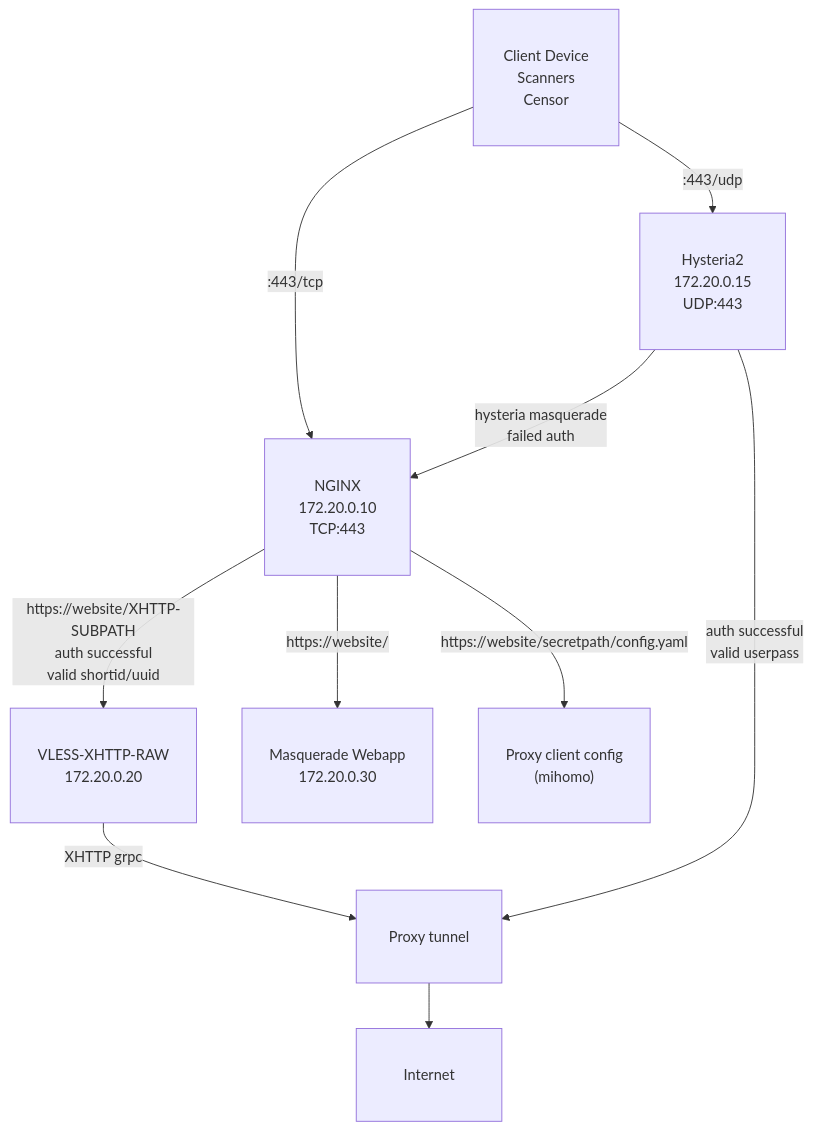
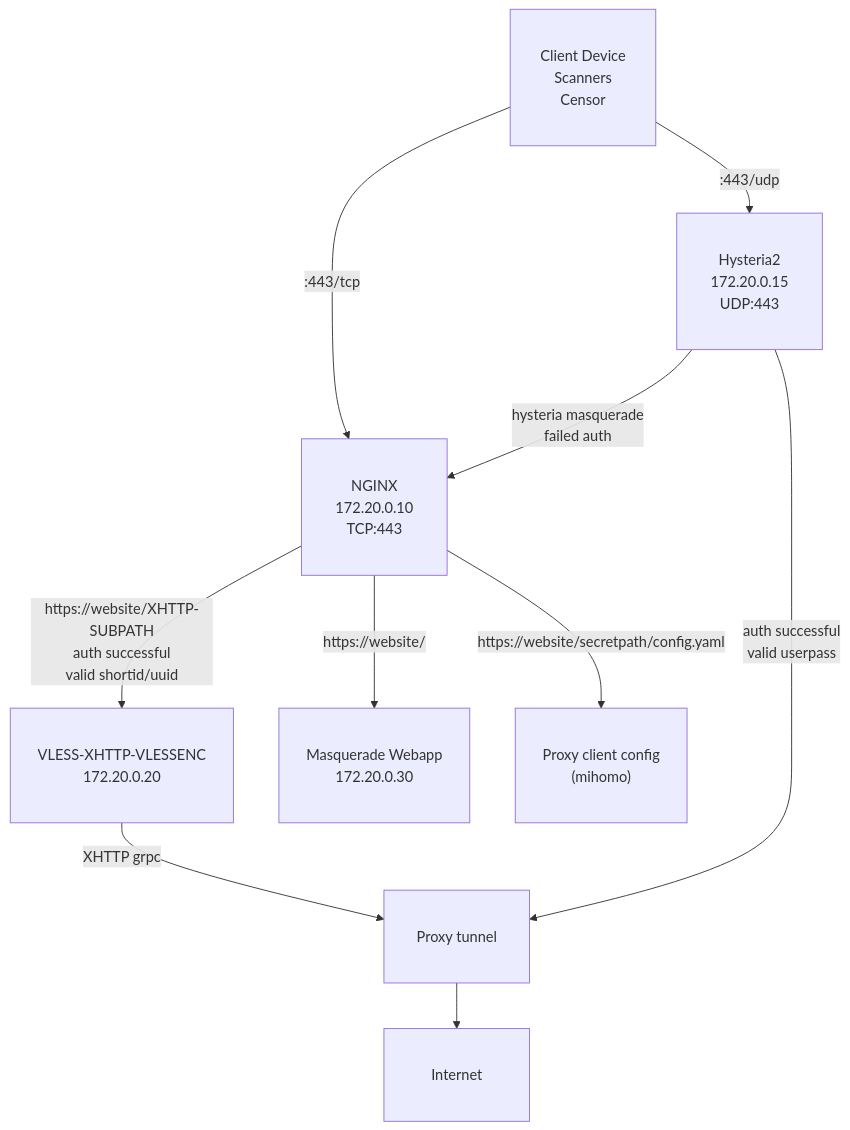
The second of 2 diagrams in README.md (vargalott/cheburnet), drawn with Mermaid before and after one commit. The commit also changed other lines of this file, not shown here.

````diff
--- a/README.md
+++ b/README.md
@@ -100,31 +101,31 @@
 ```mermaid
 flowchart TD
   classDef wide padding:100px
 
   %% Blocks
   CLIENT["Client Device\nScanners\nCensor"]:::wide
 
   NGINX-TCP443["NGINX\n172.20.0.10\nTCP:443"]:::wide
   HYSTERIA-UDP443["Hysteria2\n172.20.0.15\nUDP:443"]:::wide
-  PROXY-CORE["VLESS-XHTTP-RAW\n172.20.0.20"]:::wide
+  PROXY-CORE["VLESS-XHTTP-VLESSENC\n172.20.0.20"]:::wide
 
   MASQ["Masquerade Webapp\n172.20.0.30"]:::wide
   CONFIG["Proxy client config\n(mihomo)"]:::wide
 
   TUNNEL["Proxy tunnel"]:::wide
   INTERNET["Internet"]:::wide
 
   %% Flows
   CLIENT -->|:443/tcp| NGINX-TCP443
   CLIENT -->|:443/udp| HYSTERIA-UDP443
 
   NGINX-TCP443 -->|https://website/XHTTP-SUBPATH\nauth successful\nvalid shortid/uuid| PROXY-CORE
   PROXY-CORE -->|XHTTP grpc| TUNNEL
   HYSTERIA-UDP443 -->|auth successful\nvalid userpass| TUNNEL
   HYSTERIA-UDP443 -->|hysteria masquerade\nfailed auth| NGINX-TCP443
 
   NGINX-TCP443 -->|https://website/| MASQ
   NGINX-TCP443 -->|https://website/secretpath/config.yaml| CONFIG
 
   TUNNEL --> INTERNET
 ```
````
